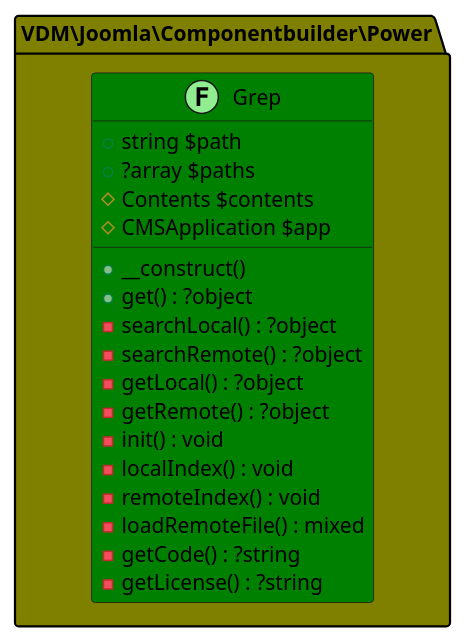
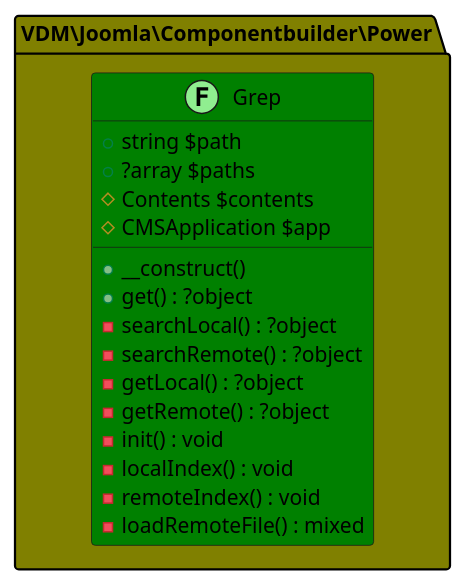
Before and after one commit to joomengine/jcb-compiler: the third of 33 diagrams in README.md, drawn with PlantUML. The commit also changed other lines of this file and 166 other files, not shown here.

````diff
--- a/README.md
+++ b/README.md
@@ -528,29 +528,27 @@
 ```uml
 @startuml
 
 namespace VDM\Joomla\Componentbuilder\Power #Olive {
 
 
   class Grep << (F,LightGreen) >> #Green {
     + string $path
     + ?array $paths
     # Contents $contents
     # CMSApplication $app
     + __construct()
     + get() : ?object
     - searchLocal() : ?object
     - searchRemote() : ?object
     - getLocal() : ?object
     - getRemote() : ?object
     - init() : void
     - localIndex() : void
     - remoteIndex() : void
     - loadRemoteFile() : mixed
-    - getCode() : ?string
-    - getLicense() : ?string
   }
 }
 
 
 @enduml
 ```
````
